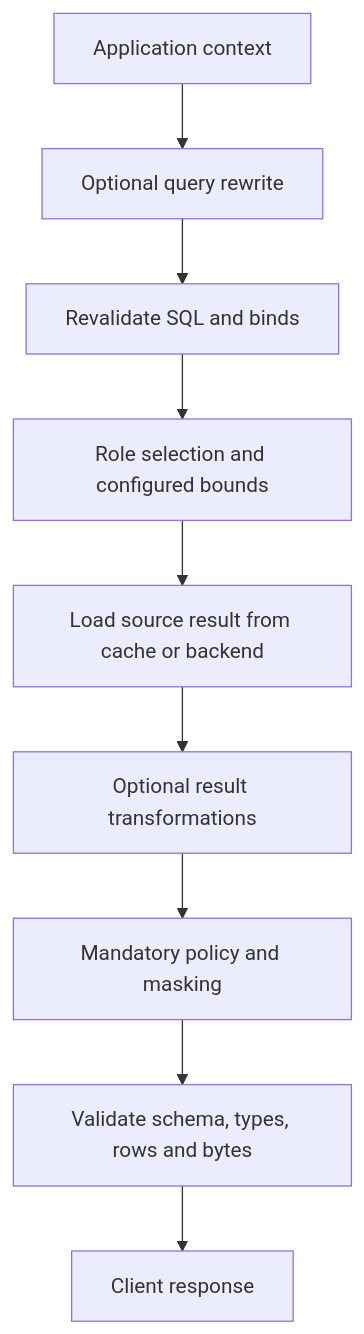
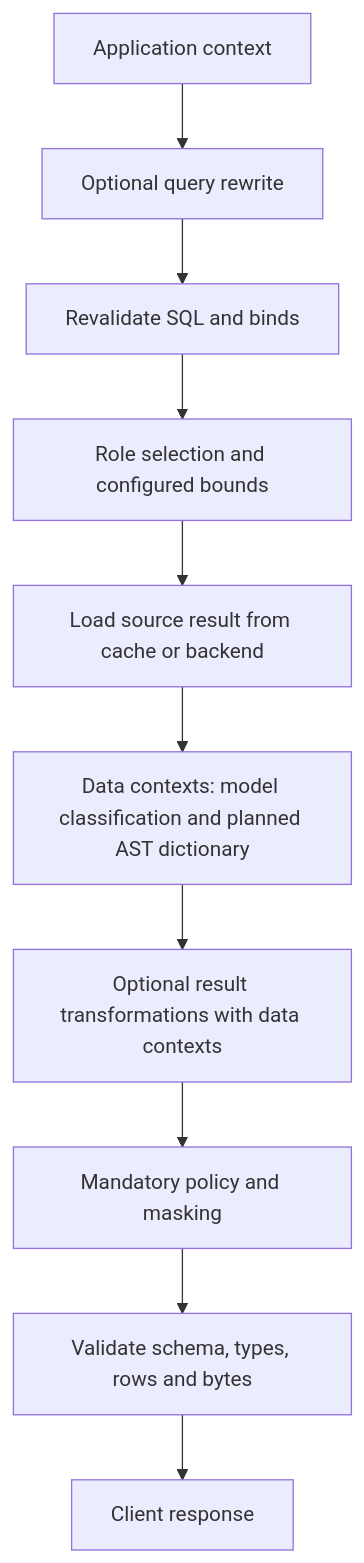
The diagram in docs/extensions.md (AbhiSinha08/yasp-analytics-proxy), drawn with Mermaid before and after one commit. The commit also changed other lines of this file and 35 other files, not shown here.

Commit message:
data contexts with system1 decision models

````diff
--- a/docs/extensions.md
+++ b/docs/extensions.md
@@ -177,11 +184,12 @@
 ```mermaid
 flowchart TD
     Context[Application context] --> Rewrite[Optional query rewrite]
     Rewrite --> Validate[Revalidate SQL and binds]
     Validate --> Route[Role selection and configured bounds]
     Route --> Source[Load source result from cache or backend]
-    Source --> Transform[Optional result transformations]
+    Source --> DataContexts[Data contexts: model classification and planned AST dictionary]
+    DataContexts --> Transform[Optional result transformations with data contexts]
     Transform --> Mask[Mandatory policy and masking]
     Mask --> Check[Validate schema, types, rows and bytes]
     Check --> Client[Client response]
 ```
````
